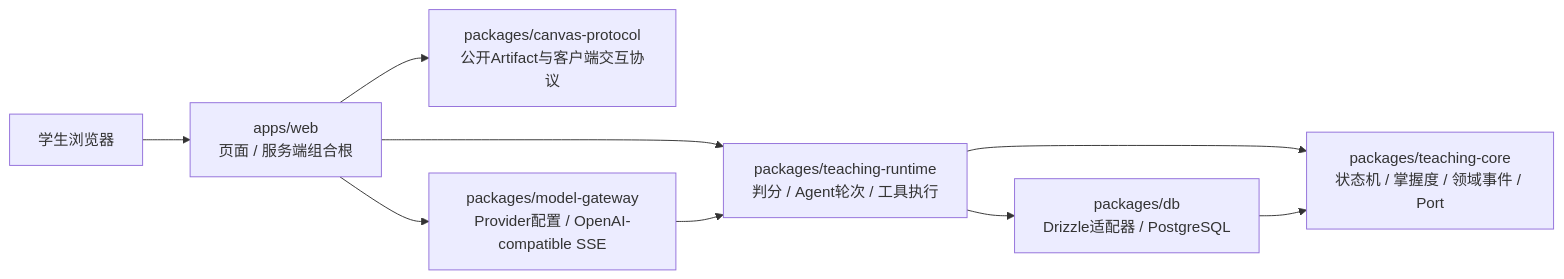
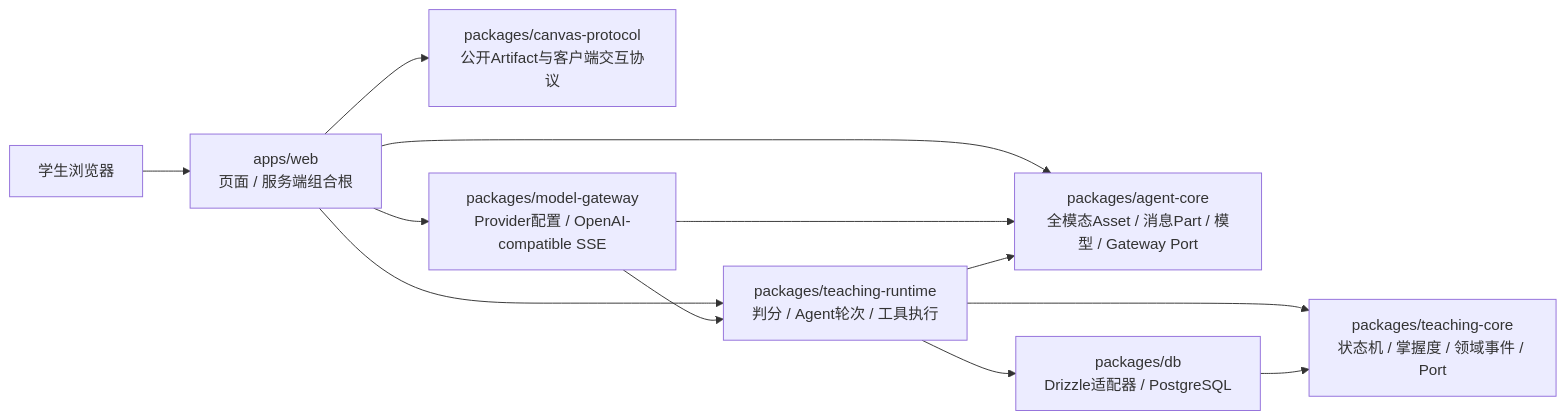
One commit to Timcai06/EduCanvas changed the second of 2 diagrams in docs/02-architecture/system-architecture.md. Above: the diagram before and after it, drawn with Mermaid. The commit also changed other lines of this file and 46 other files, not shown here.

First line of the commit message:
抽取通用 Agent Core 并建立全模态资产消息契约 (#28)

````diff
--- a/docs/02-architecture/system-architecture.md
+++ b/docs/02-architecture/system-architecture.md
@@ -38,11 +38,14 @@
 ```mermaid
 flowchart LR
     student[学生浏览器] --> web["apps/web<br/>页面 / 服务端组合根"]
+    web --> agent["packages/agent-core<br/>全模态Asset / 消息Part / 模型 / Gateway Port"]
     web --> canvas["packages/canvas-protocol<br/>公开Artifact与客户端交互协议"]
     web --> runtime["packages/teaching-runtime<br/>判分 / Agent轮次 / 工具执行"]
     web --> gateway["packages/model-gateway<br/>Provider配置 / OpenAI-compatible SSE"]
+    gateway --> agent
+    runtime --> agent
     runtime --> teaching["packages/teaching-core<br/>状态机 / 掌握度 / 领域事件 / Port"]
     runtime --> db["packages/db<br/>Drizzle适配器 / PostgreSQL"]
     gateway --> runtime
     db --> teaching
 ```
````
